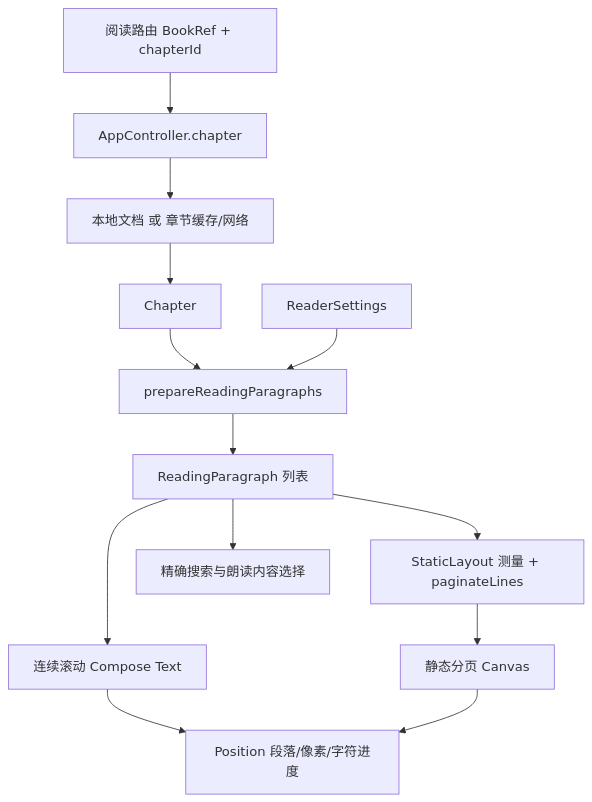
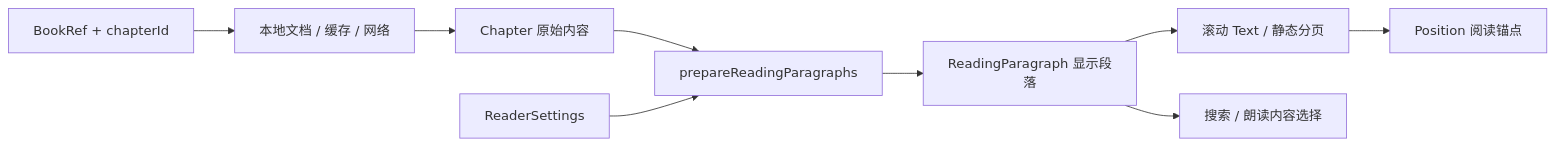
The diagram in docs/features/reader.md (nobYoQ/novelia), drawn with Mermaid before and after one commit. The commit also changed other lines of this file and 33 other files, not shown here.

````diff
--- a/docs/features/reader.md
+++ b/docs/features/reader.md
@@ -25,15 +9,11 @@
 ```mermaid
-flowchart TD
-    A[阅读路由 BookRef + chapterId] --> B[AppController.chapter]
-    B --> C[本地文档 或 章节缓存/网络]
-    C --> D[Chapter]
-    D --> E[prepareReadingParagraphs]
-    S[ReaderSettings] --> E
-    E --> F[ReadingParagraph 列表]
-    F --> G[连续滚动 Compose Text]
-    F --> H[StaticLayout 测量 + paginateLines]
-    H --> I[静态分页 Canvas]
-    G --> J[Position 段落/像素/字符进度]
-    I --> J
-    F --> K[精确搜索与朗读内容选择]
+flowchart LR
+    A[BookRef + chapterId] --> B[本地文档 / 缓存 / 网络]
+    B --> C[Chapter 原始内容]
+    C --> D[prepareReadingParagraphs]
+    S[ReaderSettings] --> D
+    D --> E[ReadingParagraph 显示段落]
+    E --> F[滚动 Text / 静态分页]
+    E --> G[搜索 / 朗读内容选择]
+    F --> H[Position 阅读锚点]
 ```
````
